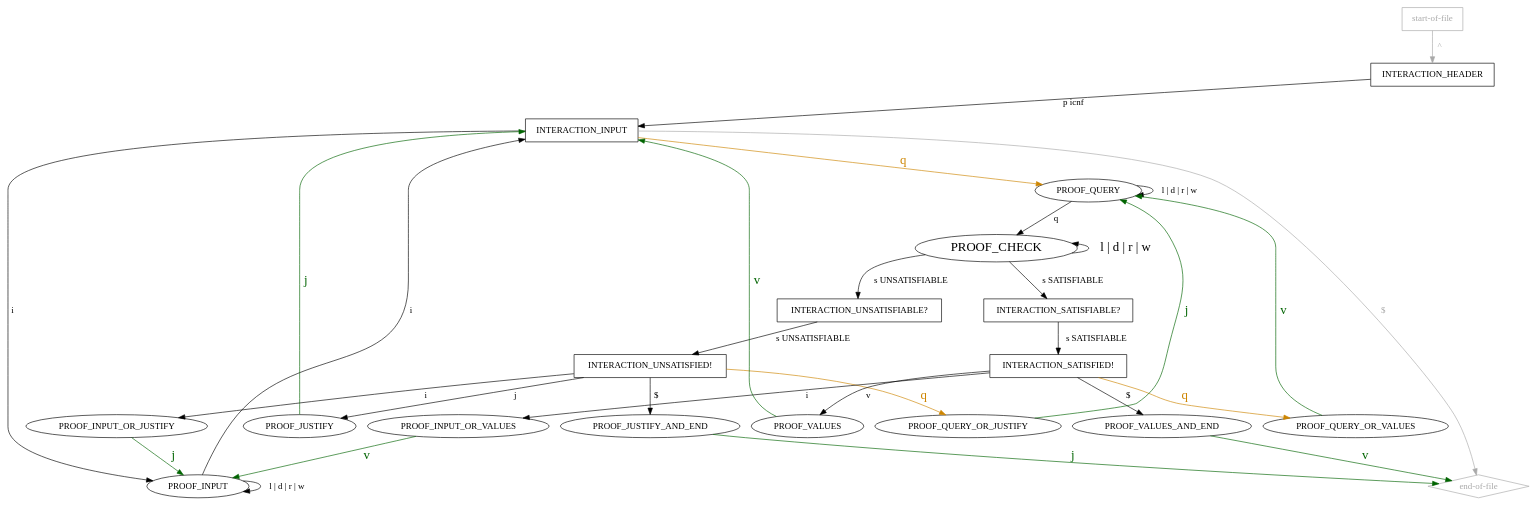
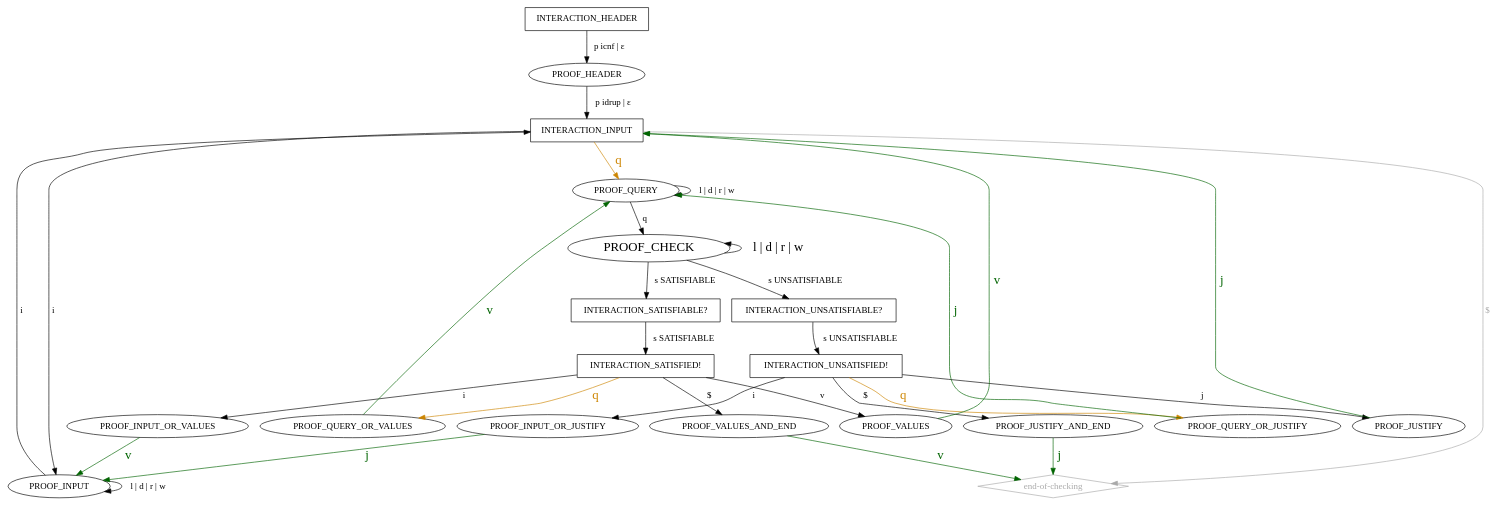
One commit to arminbiere/lidrup-check changed the diagram in idrup-check-strict.dot. Above: the diagram before and after it, drawn with Graphviz. The commit also changed 3 other files, not shown here.

```diff
--- a/idrup-check-strict.dot
+++ b/idrup-check-strict.dot
@@ -1,68 +1,60 @@
 digraph "idrup-check" {
 
-  "start-of-file" [shape=box,color=darkgray,fontcolor=darkgray];
-  "start-of-file" -> INTERACTION_HEADER [label=" ^ ",weight=2,color=darkgray,fontcolor=darkgray];
+  INTERACTION_HEADER [shape=box];
+  INTERACTION_HEADER -> PROOF_HEADER [label=" p icnf | ε "];
+  PROOF_HEADER -> INTERACTION_INPUT [label=" p idrup | ε "];
 
-  "end-of-file" [shape=diamond,color=darkgray,fontcolor=darkgray];
-
-  // INTERACTION_HEADER -> "end-of-file";
-  // INTERACTION_INPUT -> "end-of-file";
-   "end-of-file" -> INTERACTION_HEADER [label="$    ",dir=back,color=darkgray,style=invis];
-   "end-of-file" -> INTERACTION_INPUT [label="$    ",dir=back,color=darkgray,fontcolor=darkgray];
-
-  INTERACTION_HEADER [shape=box];
-  INTERACTION_HEADER -> PROOF_INPUT [label=" i ",style=invis];
-  INTERACTION_HEADER -> PROOF_QUERY [label=" q ",color=invis,fontsize=20,fontcolor=invis];
-  INTERACTION_HEADER -> INTERACTION_INPUT [label=" p icnf ",weight=2];
+  "end-of-checking" [shape=diamond,color=darkgray,fontcolor=darkgray];
+  "end-of-checking" -> INTERACTION_INPUT [label="$    ",dir=back,color=darkgray,fontcolor=darkgray];
 
   INTERACTION_INPUT [shape=box];
-  INTERACTION_INPUT -> PROOF_INPUT [label=" i ",weight=2];
-  INTERACTION_INPUT -> PROOF_QUERY [label=" q ",weight=2,color=orange3,fontsize=20,fontcolor=orange3];
+  INTERACTION_INPUT -> PROOF_INPUT [label=" i "];
+  INTERACTION_INPUT -> PROOF_QUERY [label=" q ",color=orange3,fontsize=20,fontcolor=orange3];
 
   PROOF_INPUT -> INTERACTION_INPUT [label=" i "];
   PROOF_INPUT -> PROOF_INPUT [label=" l | d | r | w "];
 
   PROOF_QUERY -> PROOF_CHECK [label=" q "];
   PROOF_QUERY -> PROOF_QUERY [label=" l | d | r | w "];
 
   PROOF_CHECK [fontsize=20];
   PROOF_CHECK -> PROOF_CHECK [label=" l | d | r | w ",dir=back,fontsize=20];
   PROOF_CHECK -> INTERACTION_SATISFIABLE [label=" s SATISFIABLE "];
   PROOF_CHECK -> INTERACTION_UNSATISFIABLE [label=" s UNSATISFIABLE "];
 
   INTERACTION_UNSATISFIABLE [shape="box",label="INTERACTION_UNSATISFIABLE?"];
   INTERACTION_UNSATISFIABLE -> INTERACTION_UNSATISFIED [label=" s UNSATISFIABLE "];
 
   INTERACTION_SATISFIABLE [shape="box",label="INTERACTION_SATISFIABLE?"];
   INTERACTION_SATISFIABLE -> INTERACTION_SATISFIED [label=" s SATISFIABLE "];
 
   INTERACTION_SATISFIED [shape=box,label="INTERACTION_SATISFIED!"];
   INTERACTION_SATISFIED -> PROOF_VALUES [label=" v "];
   INTERACTION_SATISFIED -> PROOF_INPUT_OR_VALUES [label=" i "];
   INTERACTION_SATISFIED -> PROOF_QUERY_OR_VALUES [label=" q ", color=orange3,fontsize=20,fontcolor=orange3];
   INTERACTION_SATISFIED -> PROOF_VALUES_AND_END [label=" $ "];
 
   INTERACTION_UNSATISFIED [shape=box,label="INTERACTION_UNSATISFIED!"];
   INTERACTION_UNSATISFIED -> PROOF_JUSTIFY [label=" j "];
   INTERACTION_UNSATISFIED -> PROOF_INPUT_OR_JUSTIFY [label=" i "];
   INTERACTION_UNSATISFIED -> PROOF_QUERY_OR_JUSTIFY [label=" q ",color=orange3,fontsize=20,fontcolor=orange3];
   INTERACTION_UNSATISFIED -> PROOF_JUSTIFY_AND_END [label=" $ "];
 
-  PROOF_VALUES_AND_END -> "end-of-file" [label=" v ",color=darkgreen,fontsize=20,fontcolor=darkgreen];
-  PROOF_JUSTIFY_AND_END -> "end-of-file" [label=" j ",color=darkgreen,fontsize=20,fontcolor=darkgreen];
+  PROOF_VALUES_AND_END -> "end-of-checking" [label=" v ",color=darkgreen,fontsize=20,fontcolor=darkgreen];
+  PROOF_JUSTIFY_AND_END -> "end-of-checking" [label=" j ",color=darkgreen,fontsize=20,fontcolor=darkgreen];
 
   PROOF_VALUES -> INTERACTION_INPUT [label=" v ",color=darkgreen,fontsize=20,fontcolor=darkgreen];
   PROOF_JUSTIFY -> INTERACTION_INPUT [label=" j ",color=darkgreen,fontsize=20,fontcolor=darkgreen];
 
   PROOF_INPUT_OR_VALUES -> INTERACTION_INPUT [label=" i ",color=invis,fontcolor=invis];
   PROOF_INPUT_OR_VALUES -> PROOF_INPUT [label=" v ", color=darkgreen,fontcolor=darkgreen,fontsize=20];
 
   PROOF_QUERY_OR_VALUES -> PROOF_QUERY [label=" v ",color=darkgreen,fontcolor=darkgreen,fontsize=20];
   PROOF_QUERY_OR_VALUES -> PROOF_CHECK [label=" q ",color=invis,fontcolor=invis];
 
   PROOF_QUERY_OR_JUSTIFY -> PROOF_QUERY [label=" j ",color=darkgreen,fontcolor=darkgreen,fontsize=20];
   PROOF_QUERY_OR_JUSTIFY -> PROOF_CHECK [label=" q ",color=invis,fontcolor=invis];
 
   PROOF_INPUT_OR_JUSTIFY -> PROOF_INPUT [label=" j ",color=darkgreen,fontcolor=darkgreen,fontsize=20];
   PROOF_INPUT_OR_JUSTIFY -> INTERACTION_INPUT [label=" i ",color=invis,fontcolor=invis];
 }
```
